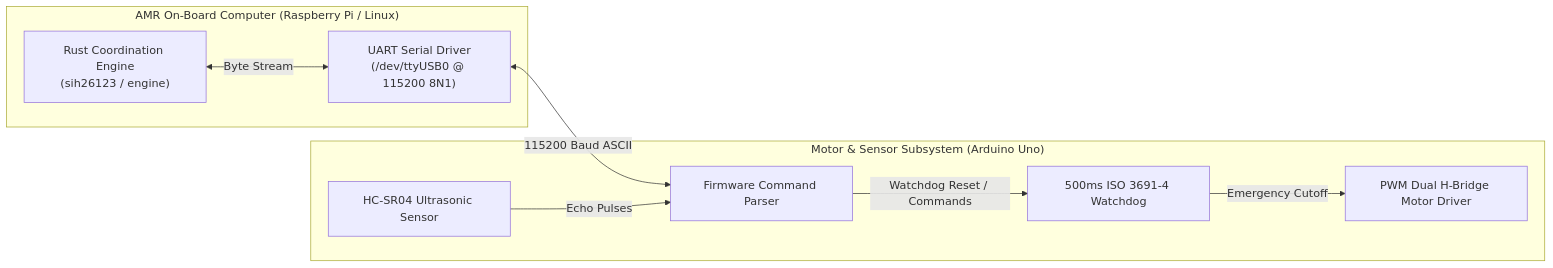
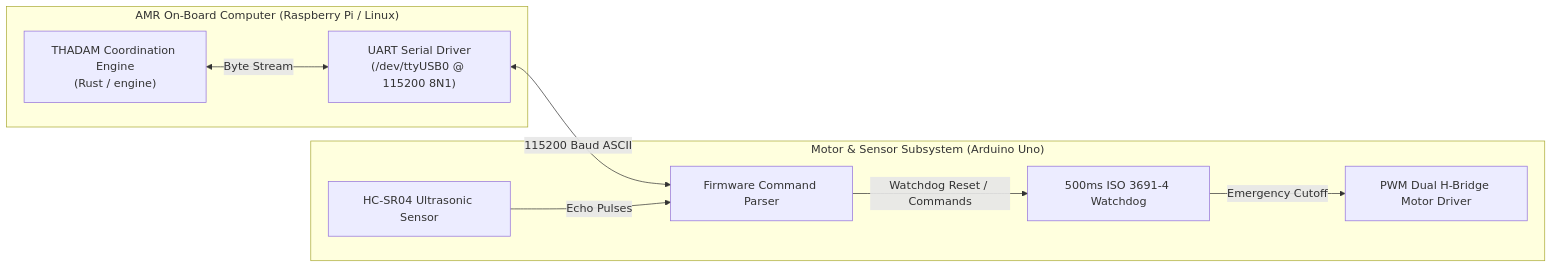
The sixth of 7 diagrams in docs/ARCHITECTURE.md (lildosa/SIH26123), drawn with Mermaid before and after one commit. The commit also changed other lines of this file and 10 other files, not shown here.

````diff
--- a/docs/ARCHITECTURE.md
+++ b/docs/ARCHITECTURE.md
@@ -294,20 +294,20 @@
 ```mermaid
 flowchart LR
     subgraph OnBoard["AMR On-Board Computer (Raspberry Pi / Linux)"]
-        CORE["Rust Coordination Engine<br/>(sih26123 / engine)"]
+        CORE["THADAM Coordination Engine<br/>(Rust / engine)"]
         SERIAL["UART Serial Driver<br/>(/dev/ttyUSB0 @ 115200 8N1)"]
     end
 
     subgraph Microcontroller["Motor & Sensor Subsystem (Arduino Uno)"]
         PARSER["Firmware Command Parser"]
         WDOG["500ms ISO 3691-4 Watchdog"]
         MOTOR["PWM Dual H-Bridge Motor Driver"]
         USONIC["HC-SR04 Ultrasonic Sensor"]
     end
 
     CORE <-->|Byte Stream| SERIAL
     SERIAL <-->|115200 Baud ASCII| PARSER
     PARSER -->|Watchdog Reset / Commands| WDOG
     WDOG -->|Emergency Cutoff| MOTOR
     USONIC -->|Echo Pulses| PARSER
 ```
````
